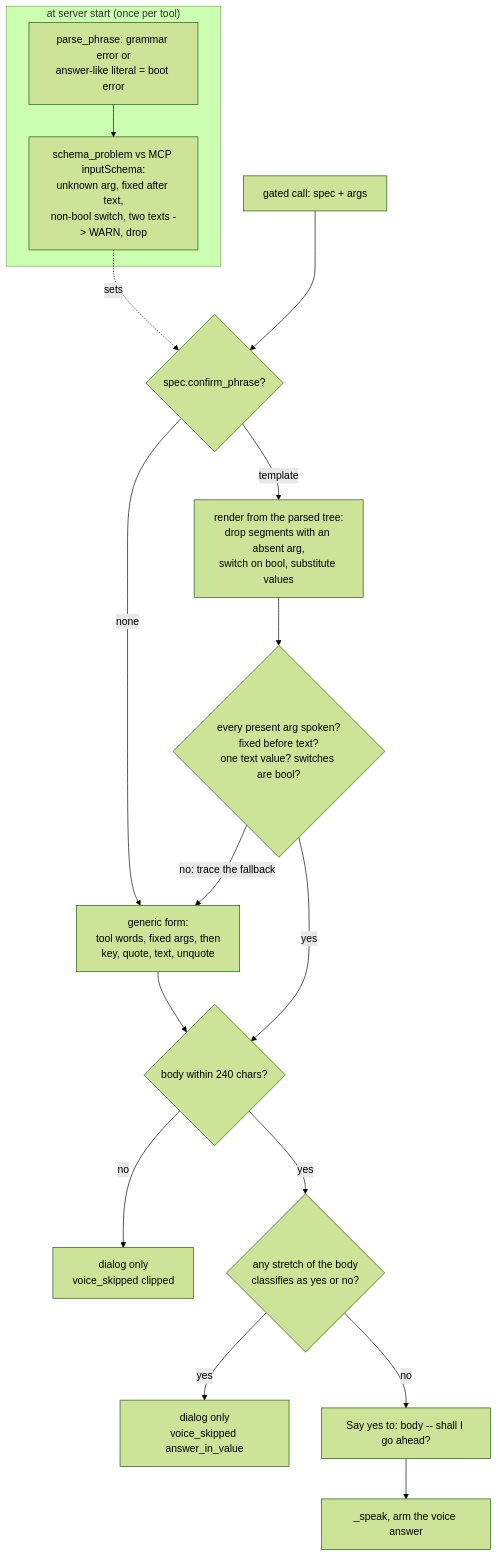
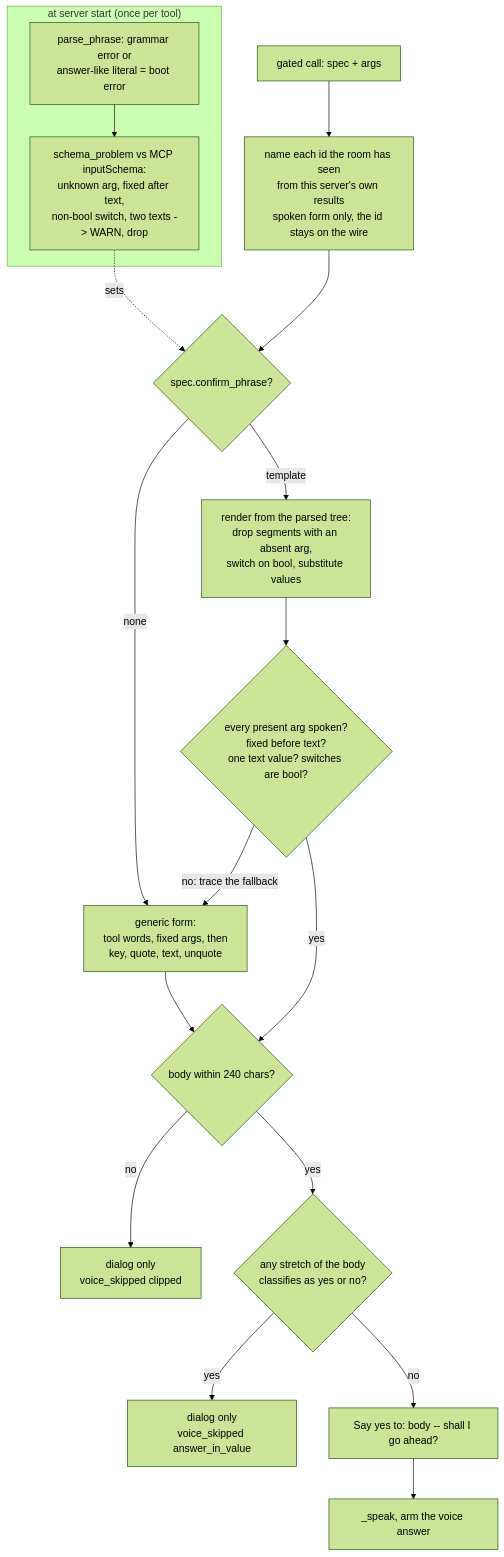
Before and after one commit to Qcko/Glados: the first of 2 diagrams in DESIGN-voice-confirm.md, drawn with Mermaid (forest theme). The commit also changed other lines of this file and 6 other files, not shown here.

First line of the commit message:
feat(confirm): a gated id is asked by its name, and a report is not excused by a question

````diff
--- a/DESIGN-voice-confirm.md
+++ b/DESIGN-voice-confirm.md
@@ -271,19 +271,20 @@
 ```mermaid
 flowchart TD
-    A[gated call: spec + args] --> B{spec.confirm_phrase?}
+    A[gated call: spec + args] --> N[name each id the room has seen<br/>from this server's own results<br/>spoken form only, the id stays on the wire]
+    N --> B{spec.confirm_phrase?}
     B -- none --> G[generic form:<br/>tool words, fixed args, then<br/>key, quote, text, unquote]
     B -- template --> R[render from the parsed tree:<br/>drop segments with an absent arg,<br/>switch on bool, substitute values]
     R --> C{every present arg spoken?<br/>fixed before text?<br/>one text value? switches are bool?}
     C -- no: trace the fallback --> G
     C -- yes --> L
     G --> L{body within 240 chars?}
     L -- no --> S[dialog only<br/>voice_skipped clipped]
     L -- yes --> V{any stretch of the body<br/>classifies as yes or no?}
     V -- yes --> S2[dialog only<br/>voice_skipped answer_in_value]
     V -- no --> Q["Say yes to: body -- shall I go ahead?"]
     Q --> SP[_speak, arm the voice answer]
     subgraph boot["at server start (once per tool)"]
         P[parse_phrase: grammar error or<br/>answer-like literal = boot error] --> F[schema_problem vs MCP inputSchema:<br/>unknown arg, fixed after text,<br/>non-bool switch, two texts -> WARN, drop]
     end
     F -. sets .-> B
 ```
````
